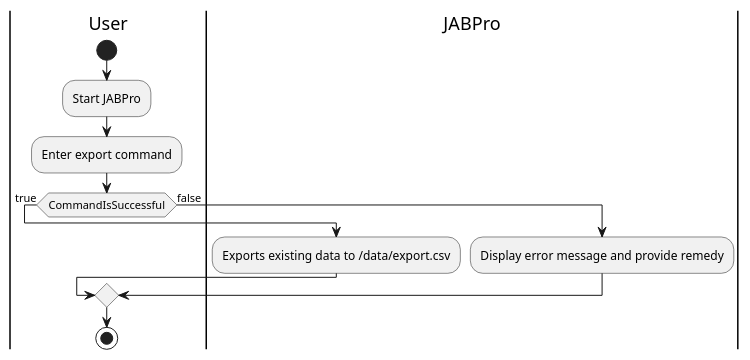
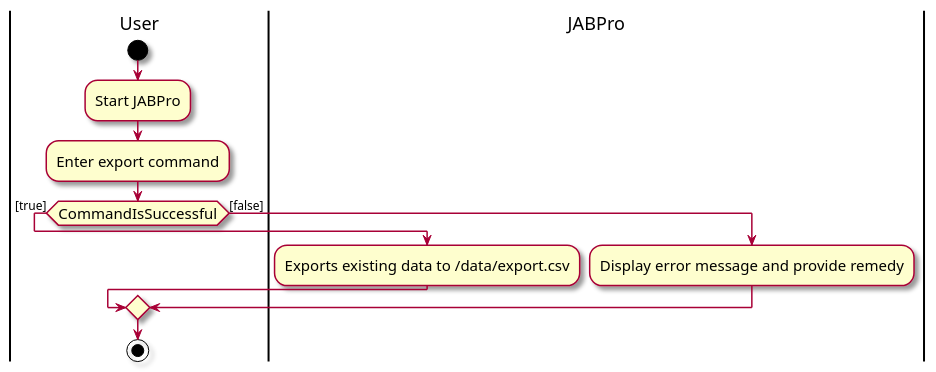
Before and after one commit to nus-cs2103-AY2324S1/tp: the diagram in docs/diagrams/ExportActivityDiagram.puml, drawn with PlantUML. The commit also changed 3 other files, not shown here.

```diff
--- a/docs/diagrams/ExportActivityDiagram.puml
+++ b/docs/diagrams/ExportActivityDiagram.puml
@@ -1,19 +1,22 @@
 @startuml
+skin rose
+skinparam ActivityFontSize 15
+skinparam ArrowFontSize 12
 'https://plantuml.com/activity-diagram-beta
 |User|
 start
 :Start JABPro;
 :Enter export command;
-if (CommandIsSuccessful) then (true)
+if (CommandIsSuccessful) then ([true])
   |JABPro|
   :Exports existing data to /data/export.csv;
-else (false)
+else ([false])
   |JABPro|
   :Display error message and provide remedy;
   |User|
 
 endif
 
 stop
 
 @enduml
```
